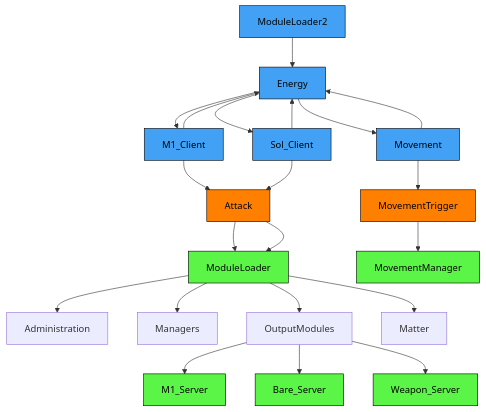
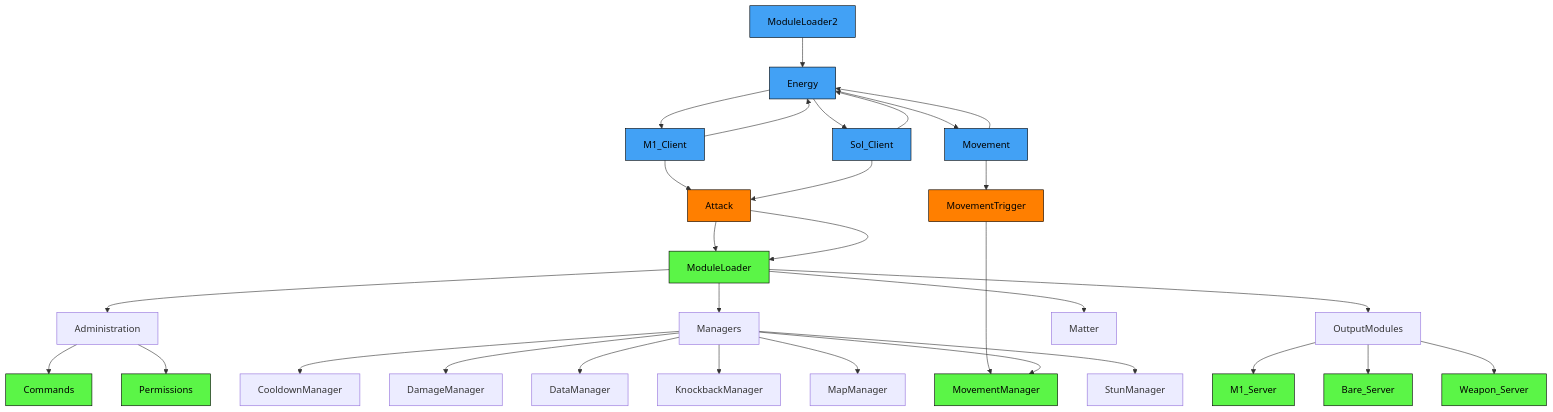
The diagram in README.md (altair5607249/Crusaders-Game), drawn with Mermaid before and after one commit.

````diff
--- a/README.md
+++ b/README.md
@@ -21,26 +21,35 @@
 ```mermaid
 graph TD;
 
   classDef serverNode fill:#5bf547,stroke:#000000,color:#000000
   classDef clientNode fill:#42a1f5,stroke:#000000,color:#000000
   classDef remoteEvent fill:#FF7F00,stroke:#000000,color:#000000
 
   ModuleLoader2-->Energy;
   Energy-->M1_Client-->Energy;
   Energy-->Sol_Client-->Energy;
   Energy-->Movement-->Energy;
   M1_Client-->Attack-->ModuleLoader;
   Sol_Client-->Attack-->ModuleLoader;
   Movement-->MovementTrigger-->MovementManager;
   ModuleLoader-->Administration;
   ModuleLoader-->Managers;
   ModuleLoader-->OutputModules;
   ModuleLoader-->Matter;
   OutputModules-->M1_Server;
   OutputModules-->Bare_Server;
   OutputModules-->Weapon_Server;
+  Administration-->Commands;
+  Administration-->Permissions;
+  Managers-->CooldownManager;
+  Managers-->DamageManager;
+  Managers-->DataManager;
+  Managers-->KnockbackManager;
+  Managers-->MapManager;
+  Managers-->MovementManager;
+  Managers-->StunManager;
 
-  class ModuleLoader,M1_Server,Bare_Server,Weapon_Server,MovementManager serverNode;
+  class ModuleLoader,M1_Server,Bare_Server,Weapon_Server,MovementManager,Commands,Permissions serverNode;
   class ModuleLoader2,Energy,M1_Client,Sol_Client,Movement clientNode;
   class Attack,MovementTrigger remoteEvent;
 ```  
````
